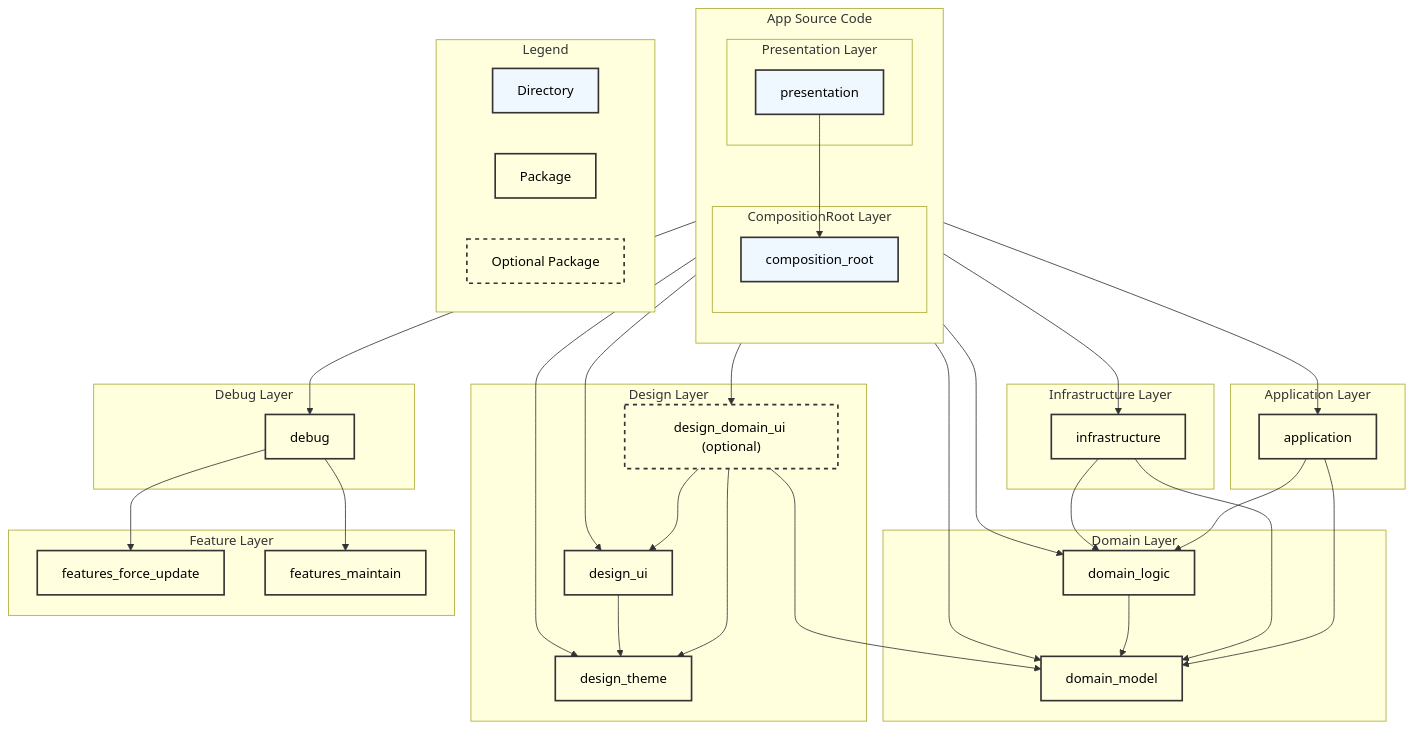
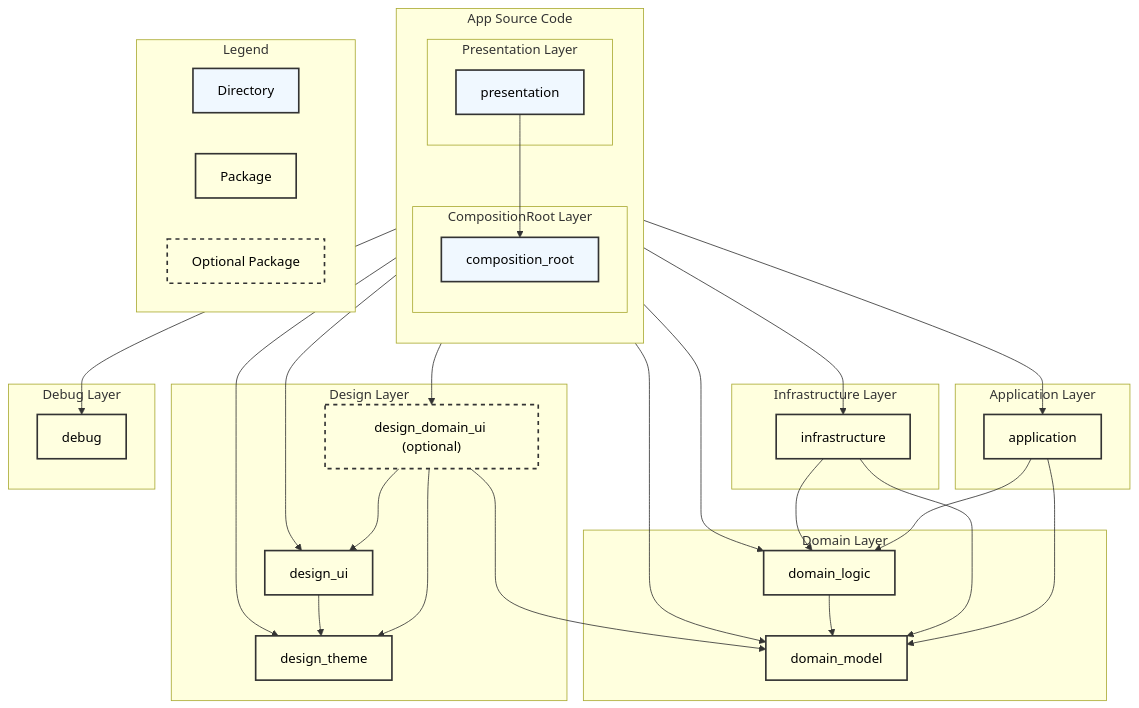
One commit to yumemi-inc/flutter-mobile-project-template changed the diagram in docs/ARCHITECTURE.md. Above: the diagram before and after it, drawn with Mermaid. The commit also changed other lines of this file, not shown here.

Commit message:
docs: Feature Layerを削除

```diff
--- a/docs/ARCHITECTURE.md
+++ b/docs/ARCHITECTURE.md
@@ -80,15 +81,6 @@
     class domain_logic package
   end
 
-  %% Feature Layer
-  subgraph "Feature Layer"
-    features_force_update[features_force_update] 
-    class features_force_update package
-    
-    features_maintain[features_maintain]
-    class features_maintain package
-  end
-
   %% Debug Layer
   subgraph "Debug Layer"
     debug[debug]
@@ -121,8 +113,6 @@
   domain_logic --> domain_model
 
   %% Debug Layer Dependencies
-  debug --> features_force_update
-  debug --> features_maintain
   presentation --> debug
 
   %% Legend
```
